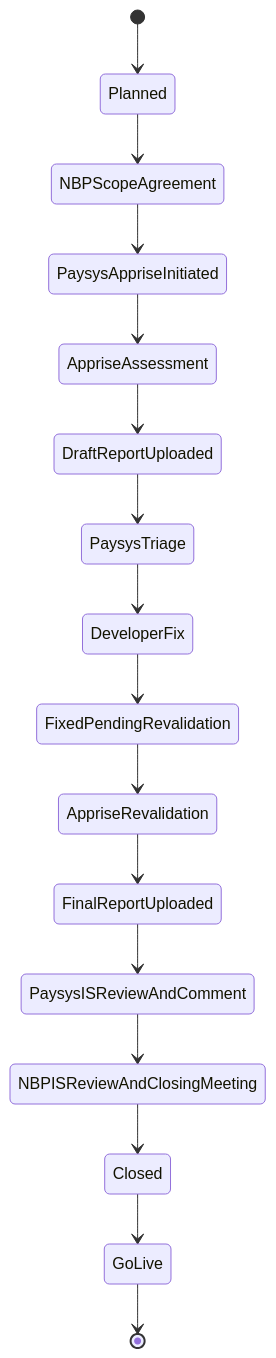
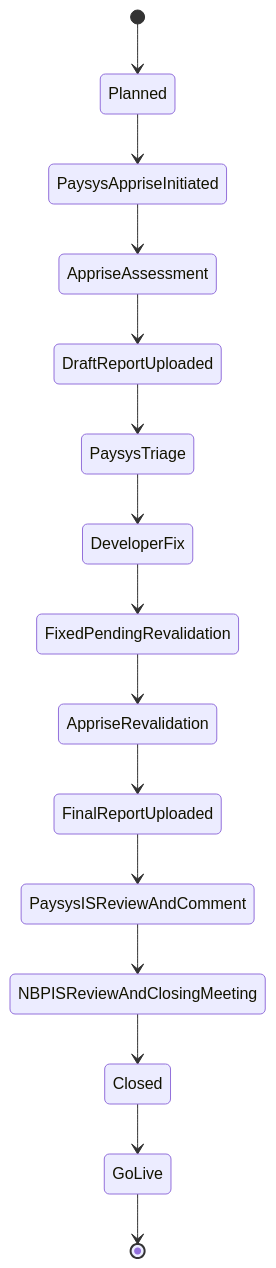
Before and after one commit to karimjindani/securetracker: the fifth of 7 diagrams in docs/architecture.md, drawn with Mermaid. The commit also changed other lines of this file and 3 other files, not shown here.

````diff
--- a/docs/architecture.md
+++ b/docs/architecture.md
@@ -627,18 +626,17 @@
 ```mermaid
 stateDiagram-v2
     [*] --> Planned
-    Planned --> NBPScopeAgreement
-    NBPScopeAgreement --> PaysysAppriseInitiated
+    Planned --> PaysysAppriseInitiated
     PaysysAppriseInitiated --> AppriseAssessment
     AppriseAssessment --> DraftReportUploaded
     DraftReportUploaded --> PaysysTriage
     PaysysTriage --> DeveloperFix
     DeveloperFix --> FixedPendingRevalidation
     FixedPendingRevalidation --> AppriseRevalidation
     AppriseRevalidation --> FinalReportUploaded
     FinalReportUploaded --> PaysysISReviewAndComment
     PaysysISReviewAndComment --> NBPISReviewAndClosingMeeting
     NBPISReviewAndClosingMeeting --> Closed
     Closed --> GoLive
     GoLive --> [*]
 ```
````
